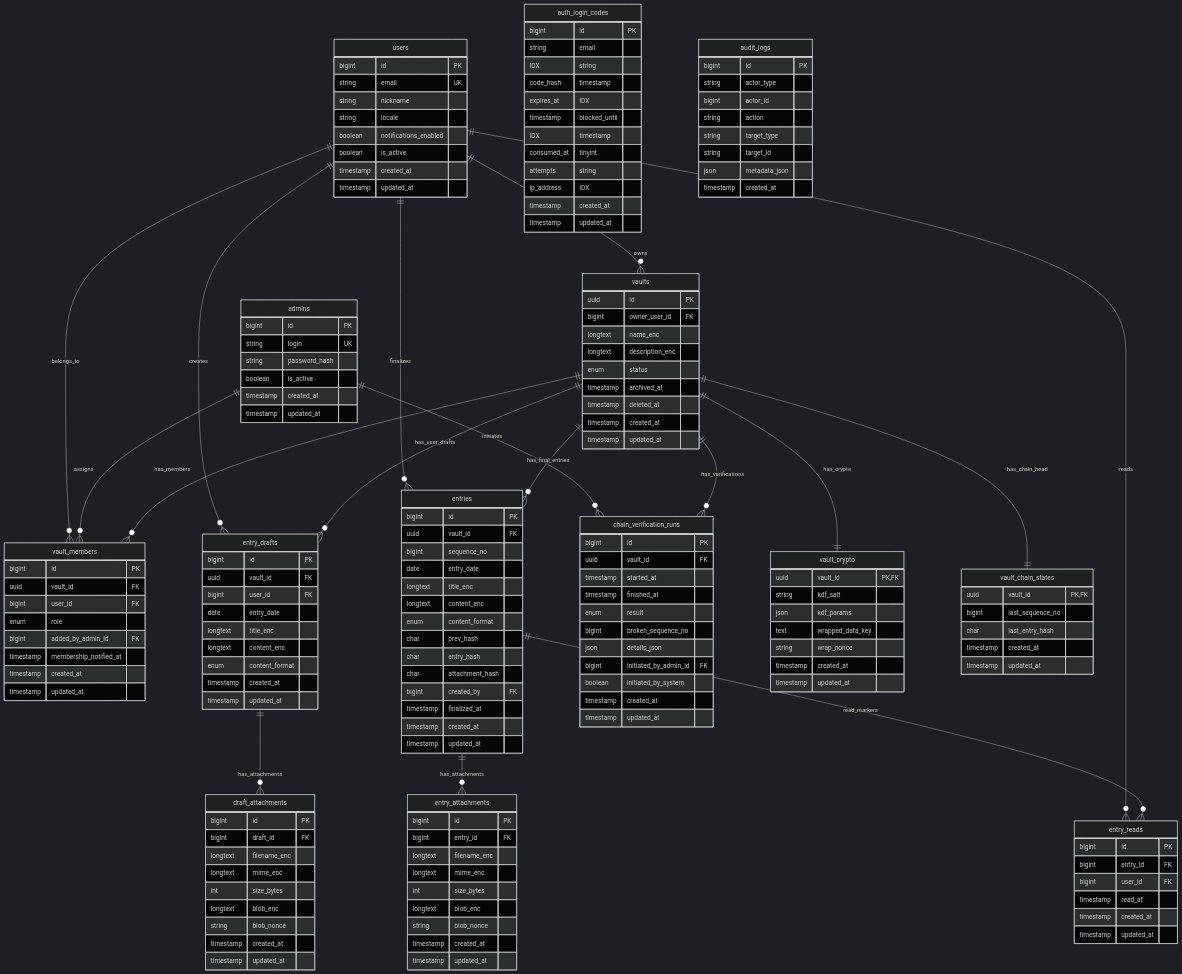
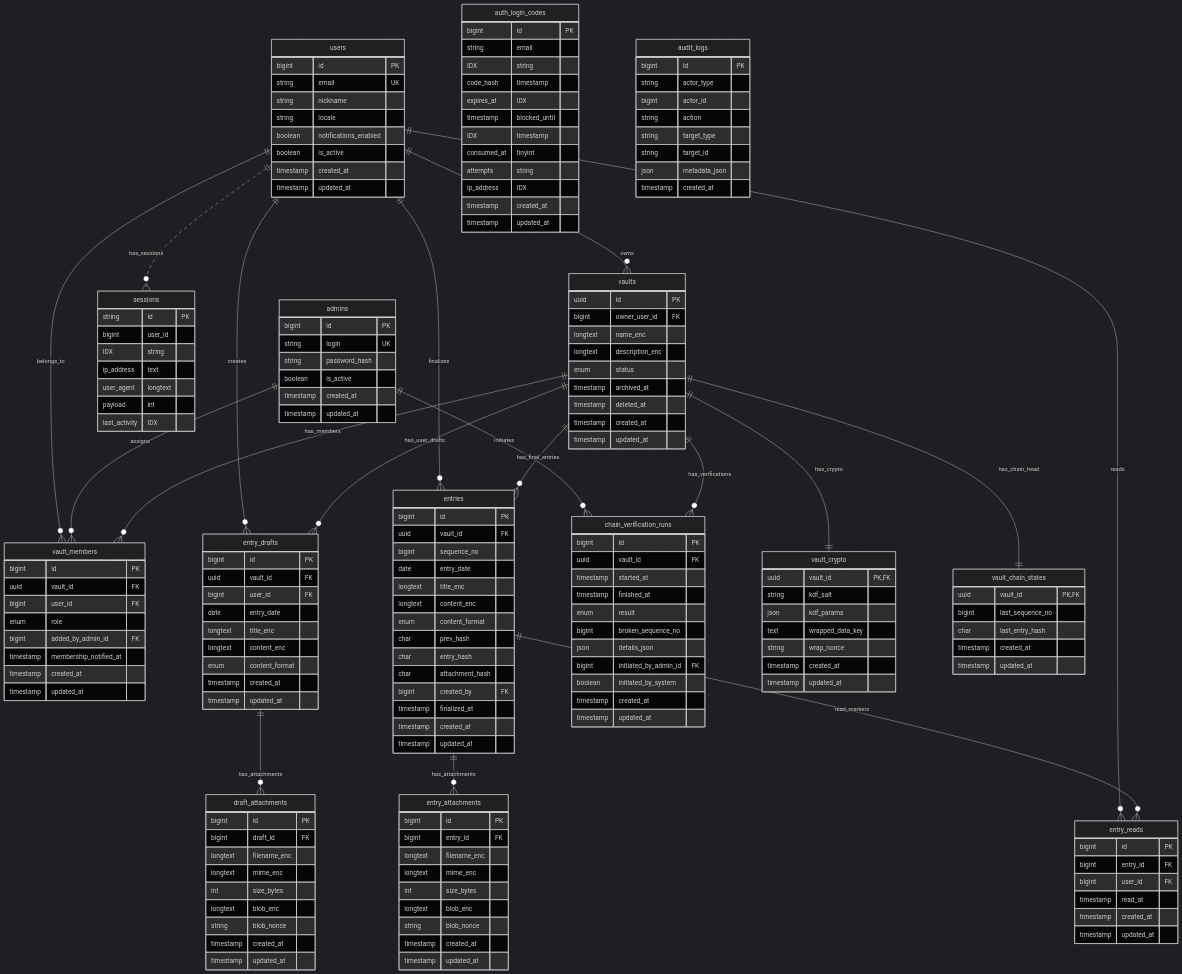
One commit to evilprophet/cryptosik changed the diagram in docs/erd.md. Above: the diagram before and after it, drawn with Mermaid (dark theme). The commit also changed other lines of this file and 2 other files, not shown here.

```diff
--- a/docs/erd.md
+++ b/docs/erd.md
@@ -12,6 +12,7 @@
     users ||--o{ entry_drafts : creates
     users ||--o{ entries : finalizes
     users ||--o{ entry_reads : reads
+    users ||..o{ sessions : has_sessions
 
     admins ||--o{ vault_members : assigns
     admins ||--o{ chain_verification_runs : initiates
@@ -45,6 +46,15 @@
         boolean is_active
         timestamp created_at
         timestamp updated_at
+    }
+
+    sessions {
+        string id PK
+        bigint user_id IDX
+        string ip_address
+        text user_agent
+        longtext payload
+        int last_activity IDX
     }
 
     auth_login_codes {
```
